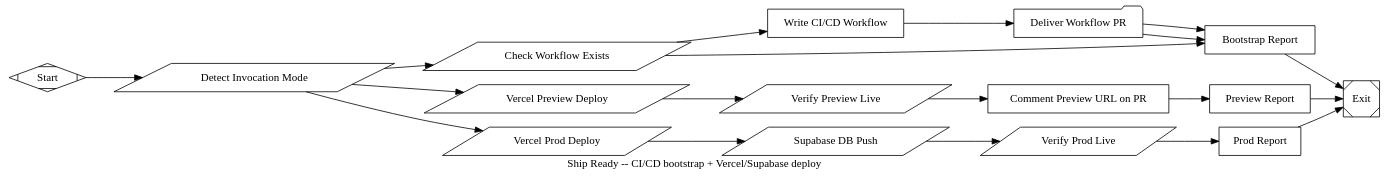
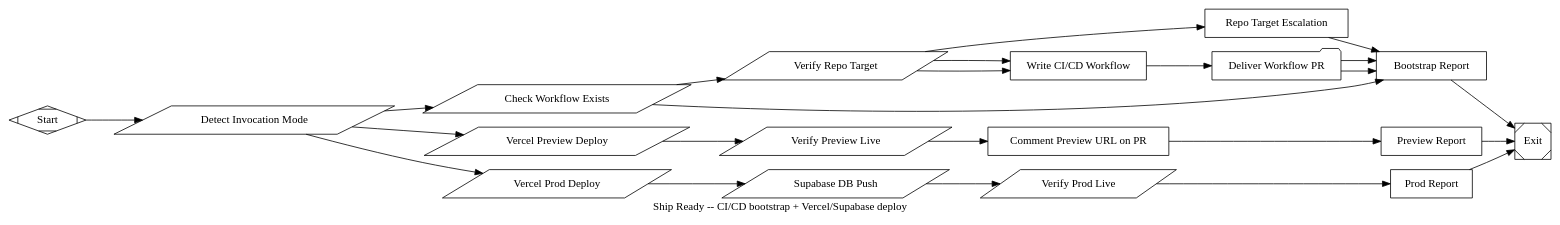
One commit to kenotron-ms/attractor-pipelines changed the diagram in pipelines/ship_ready/ship_ready.dot. Above: the diagram before and after it, drawn with Graphviz. The commit also changed 11 other files, not shown here.

```diff
--- a/pipelines/ship_ready/ship_ready.dot
+++ b/pipelines/ship_ready/ship_ready.dot
@@ -80,10 +80,28 @@
     tool_command="bash -c 'if [ -f .github/workflows/deploy.yml ] && grep -q ship_ready-marker-v1 .github/workflows/deploy.yml; then echo current; else echo missing; fi'"
   ];
 
+  // Deterministic evidence gate, not prompt-level advisory text: confirms
+  // the local checkout's origin actually points at $repo BEFORE any LLM
+  // node writes/commits anything. This is what closes the "wrong-but-
+  // plausible" gap in the original fix -- a model having a bad day and
+  // skipping a prose instruction can no longer silently write against the
+  // wrong checkout (e.g. an empty Gitea scratch placeholder), because the
+  // graph itself won't route to WriteWorkflow until this check passes.
+  VerifyRepoTarget [
+    shape=parallelogram, label="Verify Repo Target",
+    tool_command="bash -c 'url=$(git remote get-url origin 2>/dev/null || echo \"\"); case \"$url\" in *github.com*$repo*|*github.com:$repo*) echo ok ;; *) git remote set-url origin \"https://github.com/$repo.git\" 2>/dev/null && echo fixed || echo mismatch ;; esac'"
+  ];
+
+  RepoTargetEscalation [
+    shape=box, goal_gate=true, fidelity="summary:high",
+    label="Repo Target Escalation",
+    prompt="VerifyRepoTarget could not make the local checkout's git remote 'origin' point at https://github.com/$repo (neither the existing remote matched nor could it be corrected with `git remote set-url`). Do NOT write or commit anything. Report this as a blocking failure requiring human/operator attention: the working directory is not a valid checkout of $repo. Print the single line: repo_target_escalated"
+  ];
+
   WriteWorkflow [
     shape=box, goal_gate=true, fidelity="summary:high",
     label="Write CI/CD Workflow",
-    prompt="Confirm you are operating against the real target repo: run `git remote -v` and verify origin points at https://github.com/$repo (if it does not, run `git remote set-url origin https://github.com/$repo.git` or clone $repo fresh -- do not proceed against any other checkout, e.g. a local scratch/placeholder repo). Create a new branch off $repo's default branch named ship-ready-workflow-<short timestamp, e.g. ship-ready-workflow-20260729143000>. On that branch, write .github/workflows/deploy.yml with exactly two jobs: (1) a `pull_request` job that runs `vercel deploy --token=$${VERCEL_TOKEN} --yes` (using the vercel-action or plain CLI), captures the preview URL, and comments it on the PR via the GitHub API; (2) a `push` job restricted to the default branch that runs `vercel deploy --prod --token=$${VERCEL_TOKEN} --yes` followed by `supabase db push --db-url $${SUPABASE_DB_URL} --yes`. Both jobs should invoke this same repo's ship_ready pipeline (git+https://github.com/kenotron-ms/attractor-pipelines@main#subdirectory=pipelines/ship_ready/ship_ready.dot) as the actual deploy runner, passing through GITHUB_EVENT_NAME and the required secrets (VERCEL_TOKEN, SUPABASE_DB_URL, GH_TOKEN) as env vars -- do not duplicate the deploy logic directly in YAML shell steps. Required repo secrets: VERCEL_TOKEN, SUPABASE_DB_URL, ANTHROPIC_API_KEY, GH_TOKEN. Include the literal comment '# ship_ready-marker-v1' somewhere in the file so future idempotency checks can detect this exact template version. Do NOT commit yet -- the next step (DeliverPR) handles staging, commit, push, and opening the PR against $repo. Print the single line: workflow_written"
+    prompt="The repo target has already been mechanically verified (VerifyRepoTarget confirmed origin points at https://github.com/$repo) -- you do not need to re-check this, but do not switch to any other checkout either. Create a new branch off $repo's default branch named ship-ready-workflow-<short timestamp, e.g. ship-ready-workflow-20260729143000>. On that branch, write .github/workflows/deploy.yml with exactly two jobs: (1) a `pull_request` job that runs `vercel deploy --token=$${VERCEL_TOKEN} --yes` (using the vercel-action or plain CLI), captures the preview URL, and comments it on the PR via the GitHub API; (2) a `push` job restricted to the default branch that runs `vercel deploy --prod --token=$${VERCEL_TOKEN} --yes` followed by `supabase db push --db-url $${SUPABASE_DB_URL} --yes`. Both jobs should invoke this same repo's ship_ready pipeline (git+https://github.com/kenotron-ms/attractor-pipelines@main#subdirectory=pipelines/ship_ready/ship_ready.dot) as the actual deploy runner, passing through GITHUB_EVENT_NAME and the required secrets (VERCEL_TOKEN, SUPABASE_DB_URL, GH_TOKEN) as env vars -- do not duplicate the deploy logic directly in YAML shell steps. Required repo secrets: VERCEL_TOKEN, SUPABASE_DB_URL, ANTHROPIC_API_KEY, GH_TOKEN. Include the literal comment '# ship_ready-marker-v1' somewhere in the file so future idempotency checks can detect this exact template version. Do NOT commit yet -- the next step (DeliverPR) handles staging, commit, push, and opening the PR against $repo. Print the single line: workflow_written"
   ];
 
   // Reuses the same deliver_pr.dot subgraph pattern as hello_world /
@@ -165,11 +183,15 @@
   DetectMode -> DeployVercelPreview   [condition="context.tool.last_line=pull_request"];
   DetectMode -> DeployVercelProd      [condition="context.tool.last_line=push"];
 
-  CheckWorkflow -> WriteWorkflow      [condition="context.tool.last_line=missing"];
+  CheckWorkflow -> VerifyRepoTarget   [condition="context.tool.last_line=missing"];
+  VerifyRepoTarget -> WriteWorkflow        [condition="context.tool.last_line=ok",      weight="2"];
+  VerifyRepoTarget -> WriteWorkflow        [condition="context.tool.last_line=fixed"];
+  VerifyRepoTarget -> RepoTargetEscalation [condition="context.tool.last_line=mismatch"];
+  RepoTargetEscalation -> BootstrapReport;
   CheckWorkflow -> BootstrapReport    [condition="context.tool.last_line=current", weight="2"];
   WriteWorkflow -> DeliverPR;
   DeliverPR     -> BootstrapReport [condition="context.delivery.result=opened", weight="2"];
-  DeliverPR     -> BootstrapReport [condition="outcome=fail"];
+  DeliverPR     -> BootstrapReport [condition="context.delivery.result=failed"];
   BootstrapReport -> Exit;
 
   DeployVercelPreview -> VerifyPreviewLive;
```
